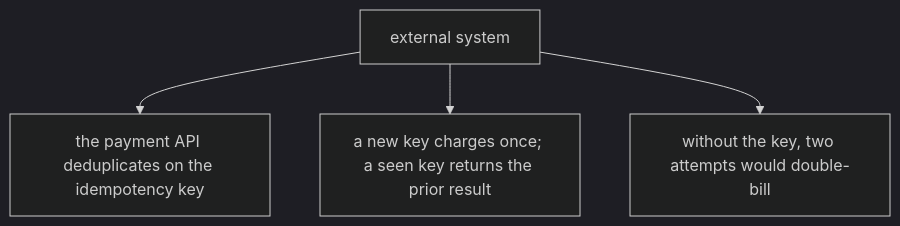
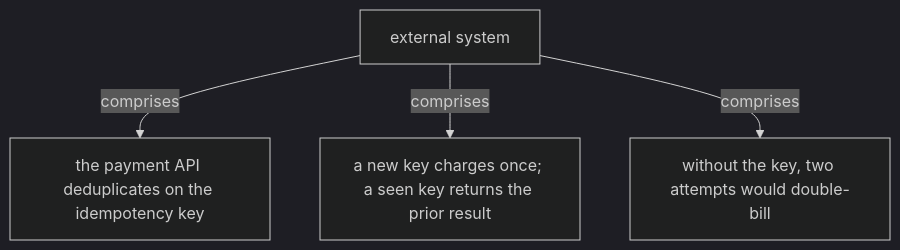
The seventh of 19 diagrams in docs/ch05-exactly-once-and-side-effects.md (vinayakuber/streaming-systems-study-guide), drawn with Mermaid (dark theme) before and after one commit. The commit also changed other lines of this file and 22 other files, not shown here.

First line of the commit message:
R18: label every diagram arrow with its meaning

````diff
--- a/docs/ch05-exactly-once-and-side-effects.md
+++ b/docs/ch05-exactly-once-and-side-effects.md
@@ -187,7 +187,7 @@
 ```mermaid
 flowchart TD
   R["external system"]
-  R --> P0["the payment API deduplicates on the idempotency key"]
-  R --> P1["a new key charges once; a seen key returns the prior result"]
-  R --> P2["without the key, two attempts would double-bill"]
+  R -->|"comprises"| P0["the payment API deduplicates on the idempotency key"]
+  R -->|"comprises"| P1["a new key charges once; a seen key returns the prior result"]
+  R -->|"comprises"| P2["without the key, two attempts would double-bill"]
 ```
````
